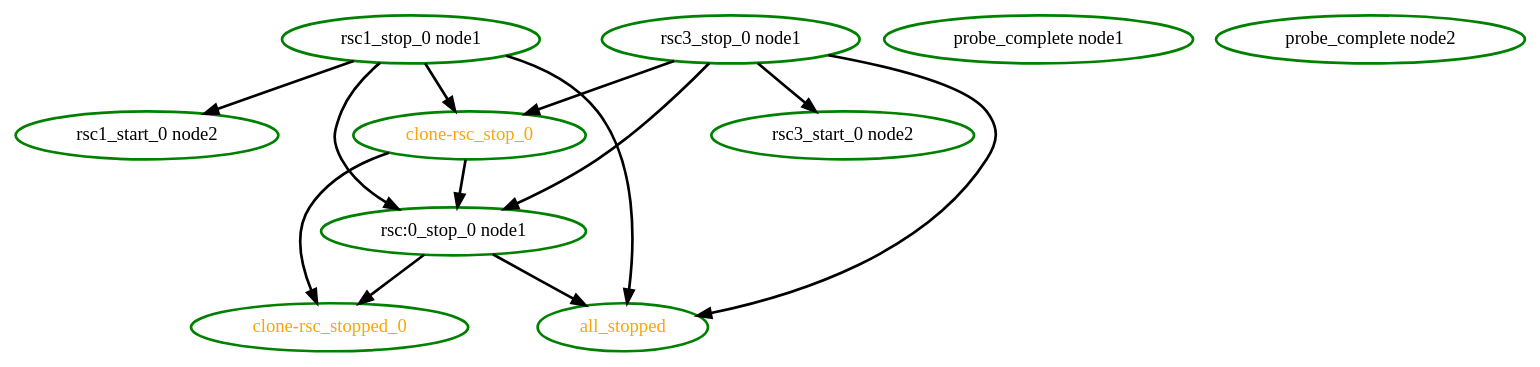
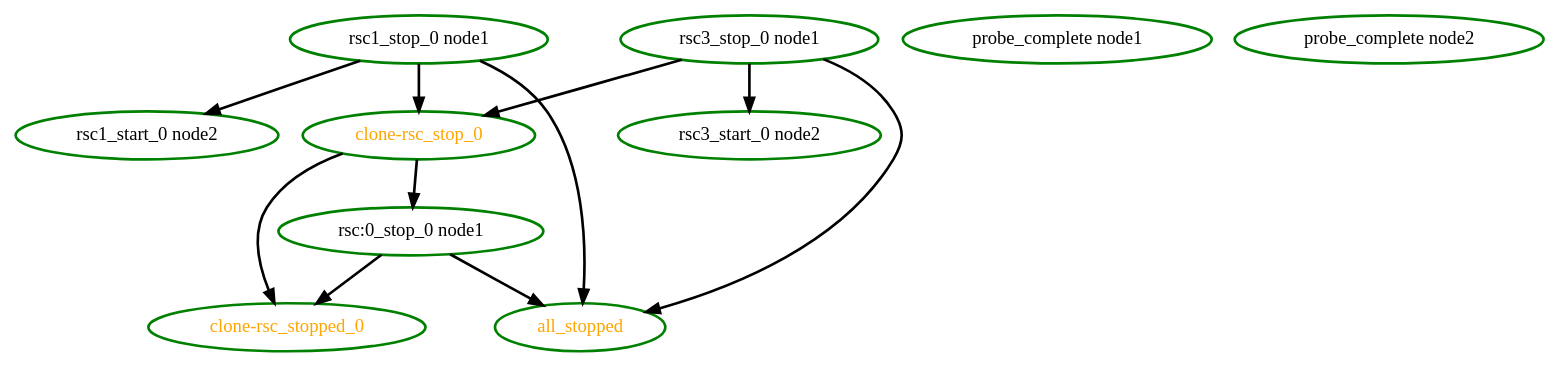
Before and after one commit to ClusterLabs/pacemaker: the diagram in pengine/test10/rsc-sets-clone.dot, drawn with Graphviz. The commit also changed 115 other files, not shown here.

```diff
--- a/pengine/test10/rsc-sets-clone.dot
+++ b/pengine/test10/rsc-sets-clone.dot
@@ -1,24 +1,22 @@
 digraph "g" {
 "all_stopped" [ style=bold color="green" fontcolor="orange"  ]
 "clone-rsc_stop_0" -> "clone-rsc_stopped_0" [ style = bold]
 "clone-rsc_stop_0" -> "rsc:0_stop_0 node1" [ style = bold]
 "clone-rsc_stop_0" [ style=bold color="green" fontcolor="orange"  ]
 "clone-rsc_stopped_0" [ style=bold color="green" fontcolor="orange"  ]
 "probe_complete node1" [ style=bold color="green" fontcolor="black"  ]
 "probe_complete node2" [ style=bold color="green" fontcolor="black"  ]
 "rsc1_start_0 node2" [ style=bold color="green" fontcolor="black"  ]
 "rsc1_stop_0 node1" -> "all_stopped" [ style = bold]
 "rsc1_stop_0 node1" -> "clone-rsc_stop_0" [ style = bold]
 "rsc1_stop_0 node1" -> "rsc1_start_0 node2" [ style = bold]
-"rsc1_stop_0 node1" -> "rsc:0_stop_0 node1" [ style = bold]
 "rsc1_stop_0 node1" [ style=bold color="green" fontcolor="black"  ]
 "rsc3_start_0 node2" [ style=bold color="green" fontcolor="black"  ]
 "rsc3_stop_0 node1" -> "all_stopped" [ style = bold]
 "rsc3_stop_0 node1" -> "clone-rsc_stop_0" [ style = bold]
 "rsc3_stop_0 node1" -> "rsc3_start_0 node2" [ style = bold]
-"rsc3_stop_0 node1" -> "rsc:0_stop_0 node1" [ style = bold]
 "rsc3_stop_0 node1" [ style=bold color="green" fontcolor="black"  ]
 "rsc:0_stop_0 node1" -> "all_stopped" [ style = bold]
 "rsc:0_stop_0 node1" -> "clone-rsc_stopped_0" [ style = bold]
 "rsc:0_stop_0 node1" [ style=bold color="green" fontcolor="black"  ]
 }
```
